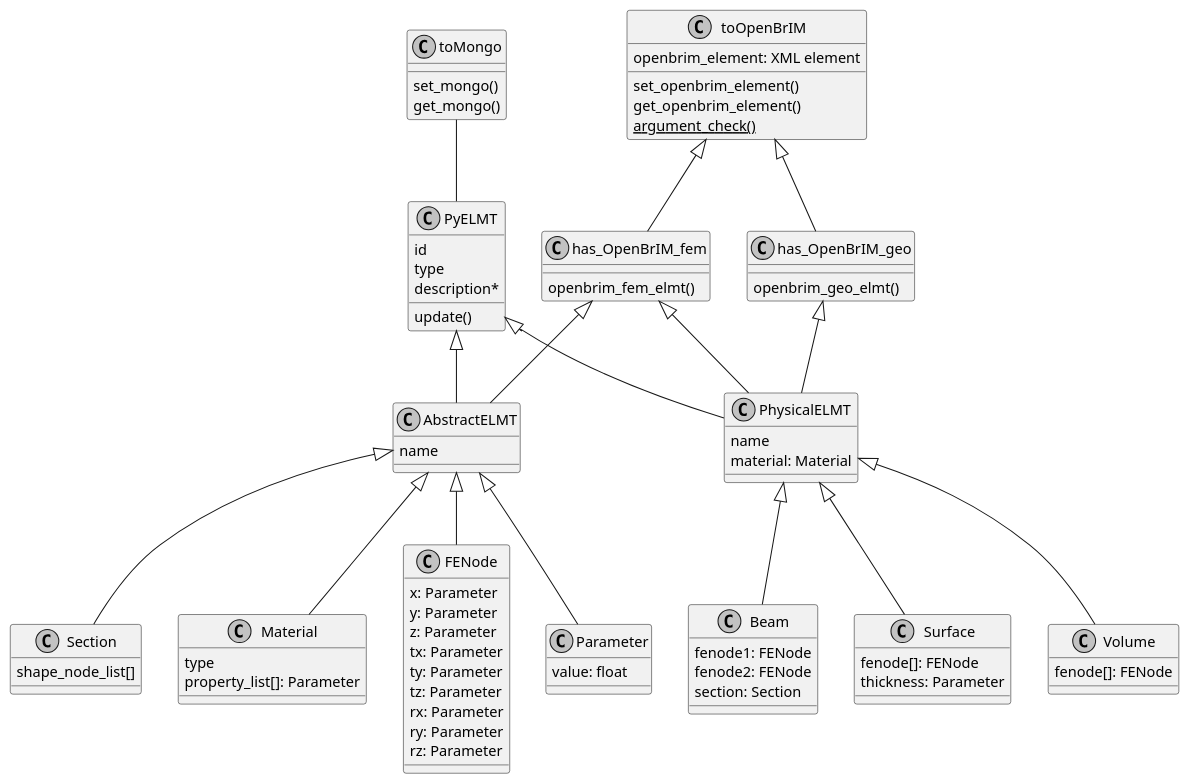
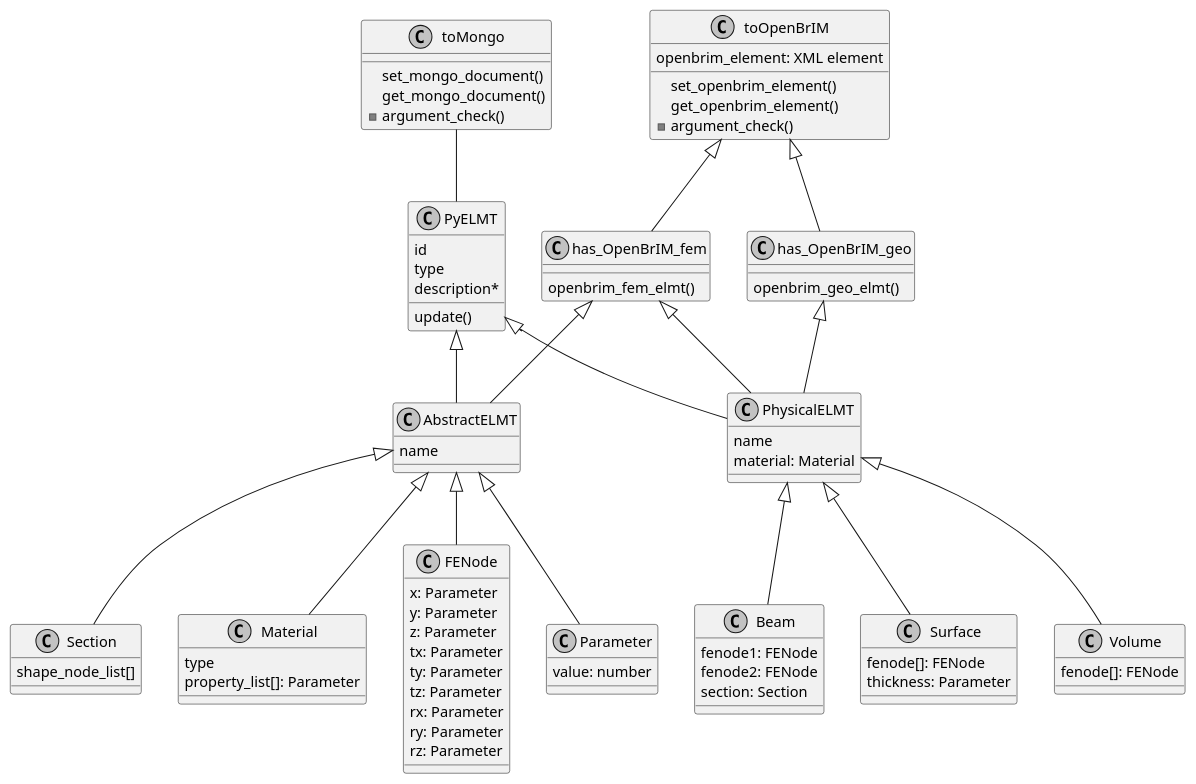
The diagram in Notes & Diagrams/BMS_BrIM_class.puml (YidongQIN/PyBMS_BrIM), drawn with PlantUML before and after one commit.

Commit message:
diagrams

```diff
--- a/Notes & Diagrams/BMS_BrIM_class.puml
+++ b/Notes & Diagrams/BMS_BrIM_class.puml
@@ -1,123 +1,124 @@
 @startuml
 
 top to bottom direction
 ' left to right direction
 
 skinparam shadowing false
 skinparam monochrome true
 
 skinparam class {
 
     ' BackgroundColor White
     ' ArrowColor Black
     ' BorderColor Black
 }
 
 class toMongo{
-    set_mongo()
-    get_mongo()
+    set_mongo_document()
+    get_mongo_document()
+    - argument_check()
 }
 
 class PyELMT{
     id
     type
     description*
     update()
 }
 
 class AbstractELMT{
     name
 }
 
 class PhysicalELMT{
     name
     material: Material
 }
 
 ' hide PhysicalELMT circle
 
 class toOpenBrIM{
     openbrim_element: XML element
     set_openbrim_element()
     get_openbrim_element()
-    {static} argument_check()
+    - argument_check()
 }
 
 class has_OpenBrIM_fem{
     openbrim_fem_elmt()
 }
 
 class has_OpenBrIM_geo{
     openbrim_geo_elmt()
 }
 
 PyELMT <|-- AbstractELMT
 PyELMT <|-- PhysicalELMT
 has_OpenBrIM_fem <|-- AbstractELMT
 has_OpenBrIM_fem <|-- PhysicalELMT
 has_OpenBrIM_geo <|-- PhysicalELMT
 
 toOpenBrIM <|-- has_OpenBrIM_fem
 toOpenBrIM <|-- has_OpenBrIM_geo
 toMongo -- PyELMT
 
 ' class Project{}
 ' class Group
 class Parameter{
-    value: float
+    value: number
 }
 ' class Shape{
 '     node_list[]
 ' }
 class Section{
     shape_node_list[]
 }
 class Material{
     type
     property_list[]: Parameter
 }
 class FENode{
     x: Parameter
     y: Parameter
     z: Parameter
     tx: Parameter
     ty: Parameter
     tz: Parameter
     rx: Parameter
     ry: Parameter
     rz: Parameter
 }
 
 
 ' AbstractELMT <|-- Project
 ' AbstractELMT <|-- Group
 AbstractELMT <|-- Parameter
 AbstractELMT <|-- Section
 AbstractELMT <|-- Material
 AbstractELMT <|-- FENode
 ' AbstractELMT <|-- Shape
 ' Shape -- Section
 
 class Beam{
     fenode1: FENode
     fenode2: FENode
     section: Section
     ' material: Material'
 }
 class Surface{
     fenode[]: FENode
     thickness: Parameter
 }
 ' class Bolted_Plate
 class Volume{
     fenode[]: FENode
 }
 ' class Sensor
 
 PhysicalELMT <|-- Beam
 PhysicalELMT <|-- Surface
 ' Surface <|-- Bolted_Plate
 PhysicalELMT <|-- Volume
 ' PhysicalELMT <|-- Sensor
 
 @enduml
```
